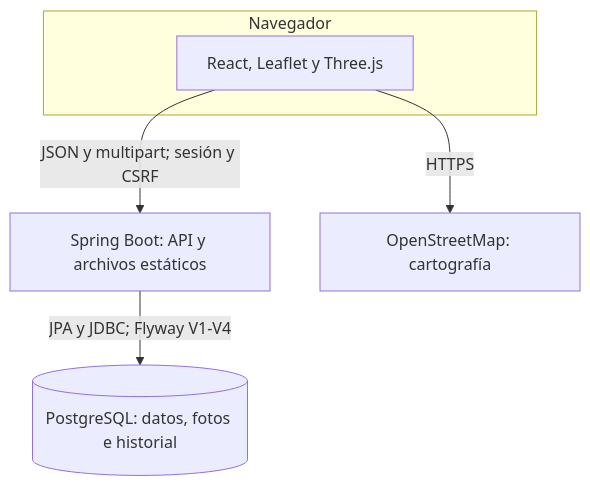
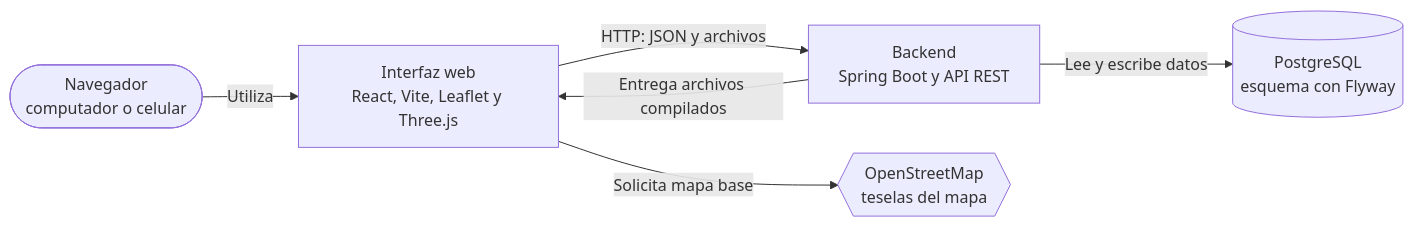
Before and after one commit to OscarGualo/ProyectoPlantasMedicinales: the second of 3 diagrams in docs/v2_2/06_Arquitectura_y_diseno_techmOS.md, drawn with Mermaid. The commit also changed other lines of this file, not shown here.

````diff
--- a/docs/v2_2/06_Arquitectura_y_diseno_techmOS.md
+++ b/docs/v2_2/06_Arquitectura_y_diseno_techmOS.md
@@ -47,9 +66,14 @@
 ```mermaid
-flowchart TB
-    subgraph Cliente["Navegador"]
-        SPA["React, Leaflet y Three.js"]
-    end
-    SPA -->|"JSON y multipart; sesión y CSRF"| JAR["Spring Boot: API y archivos estáticos"]
-    SPA -->|"HTTPS"| OSM["OpenStreetMap: cartografía"]
-    JAR -->|"JPA y JDBC; Flyway V1-V4"| DB[("PostgreSQL: datos, fotos e historial")]
+flowchart LR
+    usuario(["Navegador<br/>computador o celular"])
+    spa["Interfaz web<br/>React, Vite, Leaflet y Three.js"]
+    api["Backend<br/>Spring Boot y API REST"]
+    db[("PostgreSQL<br/>esquema con Flyway")]
+    osm{{"OpenStreetMap<br/>teselas del mapa"}}
+
+    usuario -->|"Utiliza"| spa
+    api -->|"Entrega archivos compilados"| spa
+    spa -->|"HTTP: JSON y archivos"| api
+    api -->|"Lee y escribe datos"| db
+    spa -->|"Solicita mapa base"| osm
 ```
````
